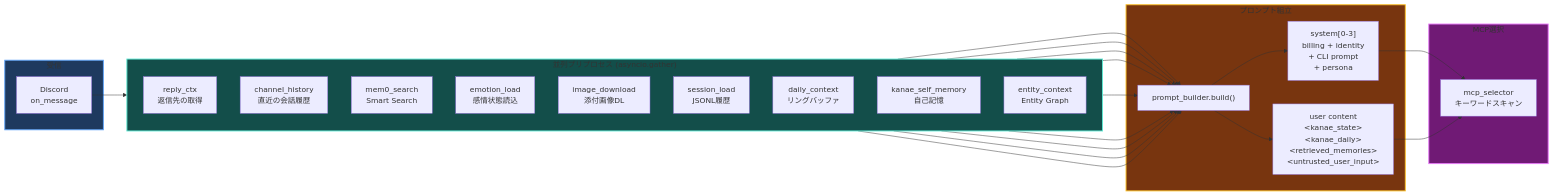
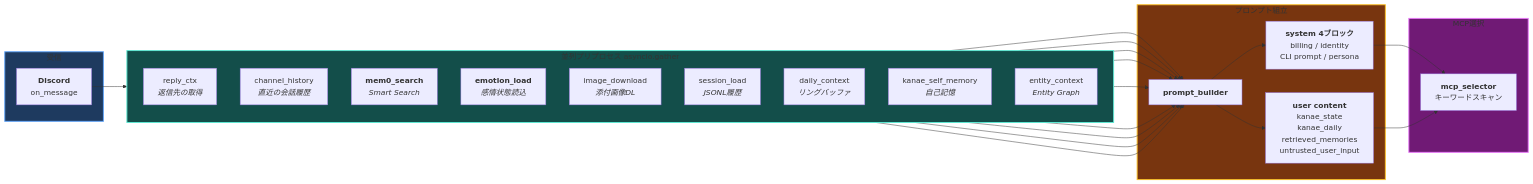
One commit to haroin57/haroin57.com changed the second of 6 diagrams in content/products/discord-bot.md. Above: the diagram before and after it, drawn with Mermaid. The commit also changed other lines of this file, not shown here.

First line of the commit message:
fix: Mermaid図の改行修正・Markdown装飾・見出し短縮

````diff
--- a/content/products/discord-bot.md
+++ b/content/products/discord-bot.md
@@ -562,40 +574,57 @@
 ```mermaid
 flowchart LR
     subgraph Receive["受信"]
-        MSG["Discord\non_message"]
+        MSG["`**Discord**
+        on_message`"]
     end
 
-    subgraph Parallel["並列プリプロセス (asyncio.gather)"]
+    subgraph Parallel["並列プリプロセス asyncio.gather"]
         direction TB
-        T1["reply_ctx\n返信先の取得"]
-        T2["channel_history\n直近の会話履歴"]
-        T3["mem0_search\nSmart Search"]
-        T4["emotion_load\n感情状態読込"]
-        T5["image_download\n添付画像DL"]
-        T6["session_load\nJSONL履歴"]
-        T7["daily_context\nリングバッファ"]
-        T8["kanae_self_memory\n自己記憶"]
-        T9["entity_context\nEntity Graph"]
+        T1["`reply_ctx
+        *返信先の取得*`"]
+        T2["`channel_history
+        *直近の会話履歴*`"]
+        T3["`**mem0_search**
+        *Smart Search*`"]
+        T4["`**emotion_load**
+        *感情状態読込*`"]
+        T5["`image_download
+        *添付画像DL*`"]
+        T6["`session_load
+        *JSONL履歴*`"]
+        T7["`daily_context
+        *リングバッファ*`"]
+        T8["`kanae_self_memory
+        *自己記憶*`"]
+        T9["`entity_context
+        *Entity Graph*`"]
     end
 
     subgraph Build["プロンプト組立"]
-        PB["prompt_builder.build()"]
-        SYS["system[0-3]\nbilling + identity\n+ CLI prompt\n+ persona"]
-        USER["user content\n&lt;kanae_state&gt;\n&lt;kanae_daily&gt;\n&lt;retrieved_memories&gt;\n&lt;untrusted_user_input&gt;"]
+        PB["`**prompt_builder**`"]
+        SYS["`**system 4ブロック**
+        billing / identity
+        CLI prompt / persona`"]
+        USER["`**user content**
+        kanae_state
+        kanae_daily
+        retrieved_memories
+        untrusted_user_input`"]
     end
 
     subgraph Select["MCP選択"]
-        MCPS["mcp_selector\nキーワードスキャン"]
+        MCPS["`**mcp_selector**
+        キーワードスキャン`"]
     end
 
     MSG --> Parallel
     T1 & T2 & T3 & T4 & T5 & T6 & T7 & T8 & T9 --> PB
     PB --> SYS
     PB --> USER
     SYS & USER --> MCPS
 
     style Receive fill:#1e3a5f,stroke:#60a5fa,stroke-width:2px
     style Parallel fill:#134e4a,stroke:#5eead4,stroke-width:2px
     style Build fill:#78350f,stroke:#fbbf24,stroke-width:2px
     style Select fill:#701a75,stroke:#e879f9,stroke-width:2px
 ```
````
